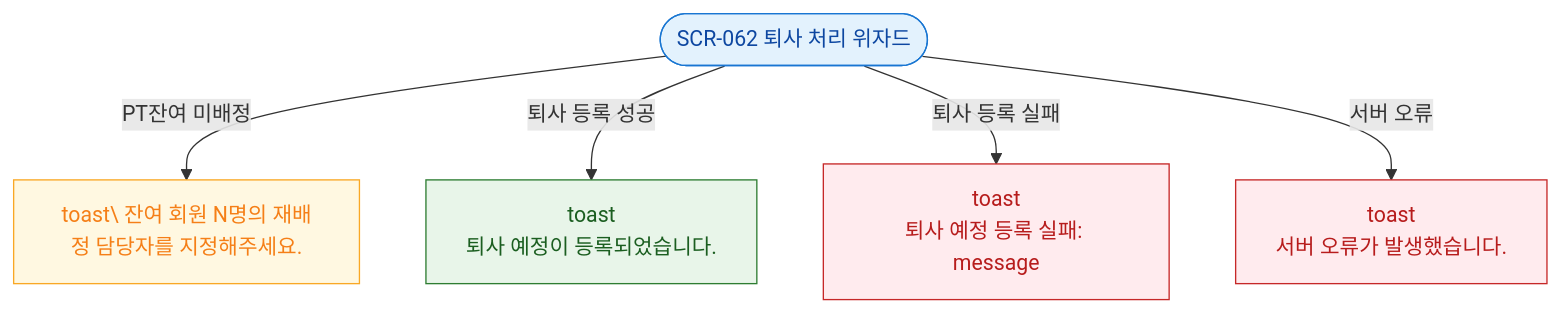
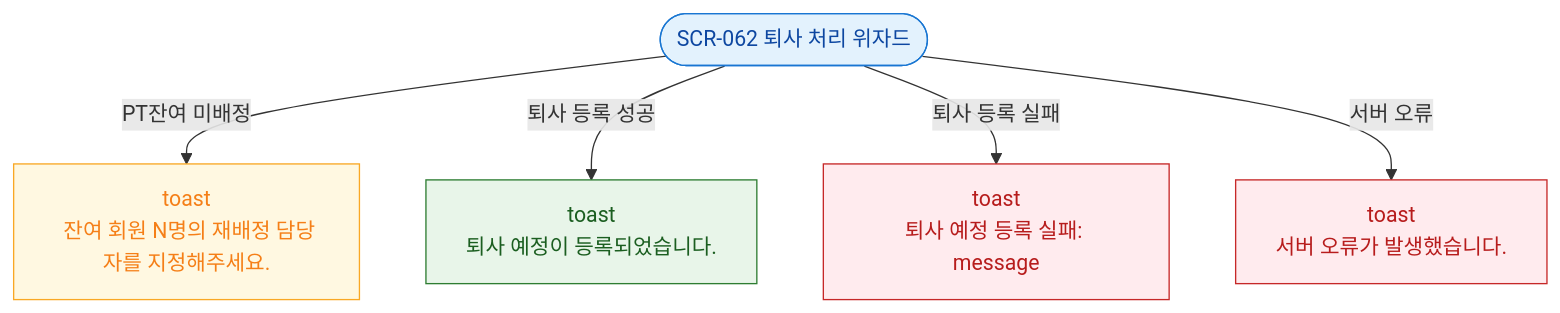
One commit to dev-spogym/admin-pando changed the diagram in docs/admin/다이어그램/D07_직원관리/SCR-062_직원퇴사처리/F9_토스트피드백.md. Above: the diagram before and after it, drawn with Mermaid. The commit also changed 369 other files, not shown here.

````diff
--- a/docs/admin/다이어그램/D07_직원관리/SCR-062_직원퇴사처리/F9_토스트피드백.md
+++ b/docs/admin/다이어그램/D07_직원관리/SCR-062_직원퇴사처리/F9_토스트피드백.md
@@ -16,19 +16,19 @@
 ```mermaid
 flowchart TD
   SCR_062([SCR-062 퇴사 처리 위자드])
 
-  SCR_062 -->|PT잔여 미배정|T_PT[toast\ 잔여 회원 N명의 재배정 담당자를 지정해주세요.]
+  SCR_062 -->|PT잔여 미배정|T_PT[toast<br/> 잔여 회원 N명의 재배정 담당자를 지정해주세요.]
   SCR_062 -->|퇴사 등록 성공|T_OK[toast\n퇴사 예정이 등록되었습니다.]
   SCR_062 -->|퇴사 등록 실패|T_ERR[toast\n퇴사 예정 등록 실패: message]
   SCR_062 -->|서버 오류|T_SYS[toast\n서버 오류가 발생했습니다.]
 
   classDef screen fill:#E3F2FD,stroke:#1976D2,color:#0D47A1
   classDef success fill:#E8F5E9,stroke:#2E7D32,color:#1B5E20
   classDef error fill:#FFEBEE,stroke:#C62828,color:#B71C1C
   classDef warning fill:#FFF8E1,stroke:#F9A825,color:#F57F17
 
   class SCR_062 screen
   class T_OK success
   class T_ERR,T_SYS error
   class T_PT warning
 ```
````
